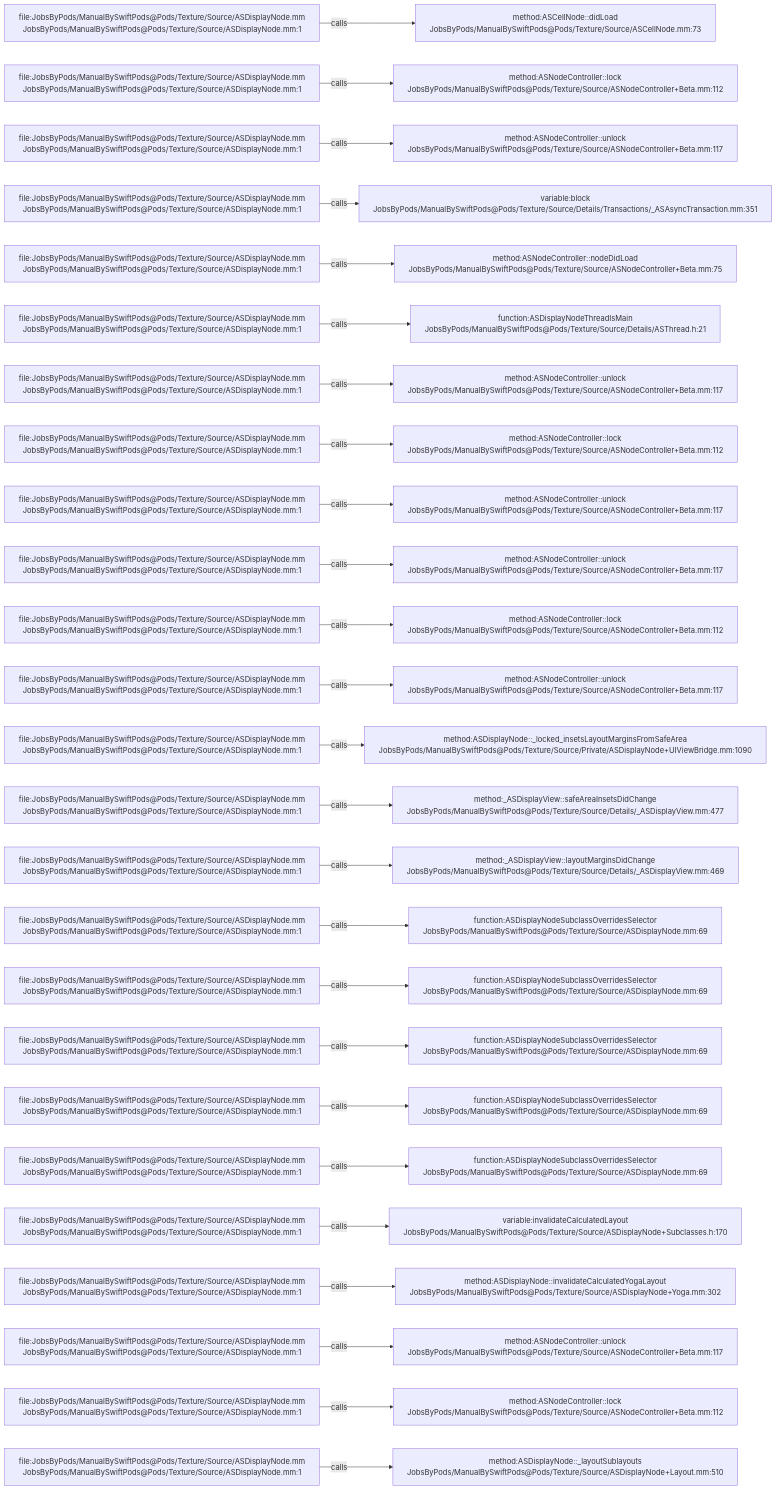
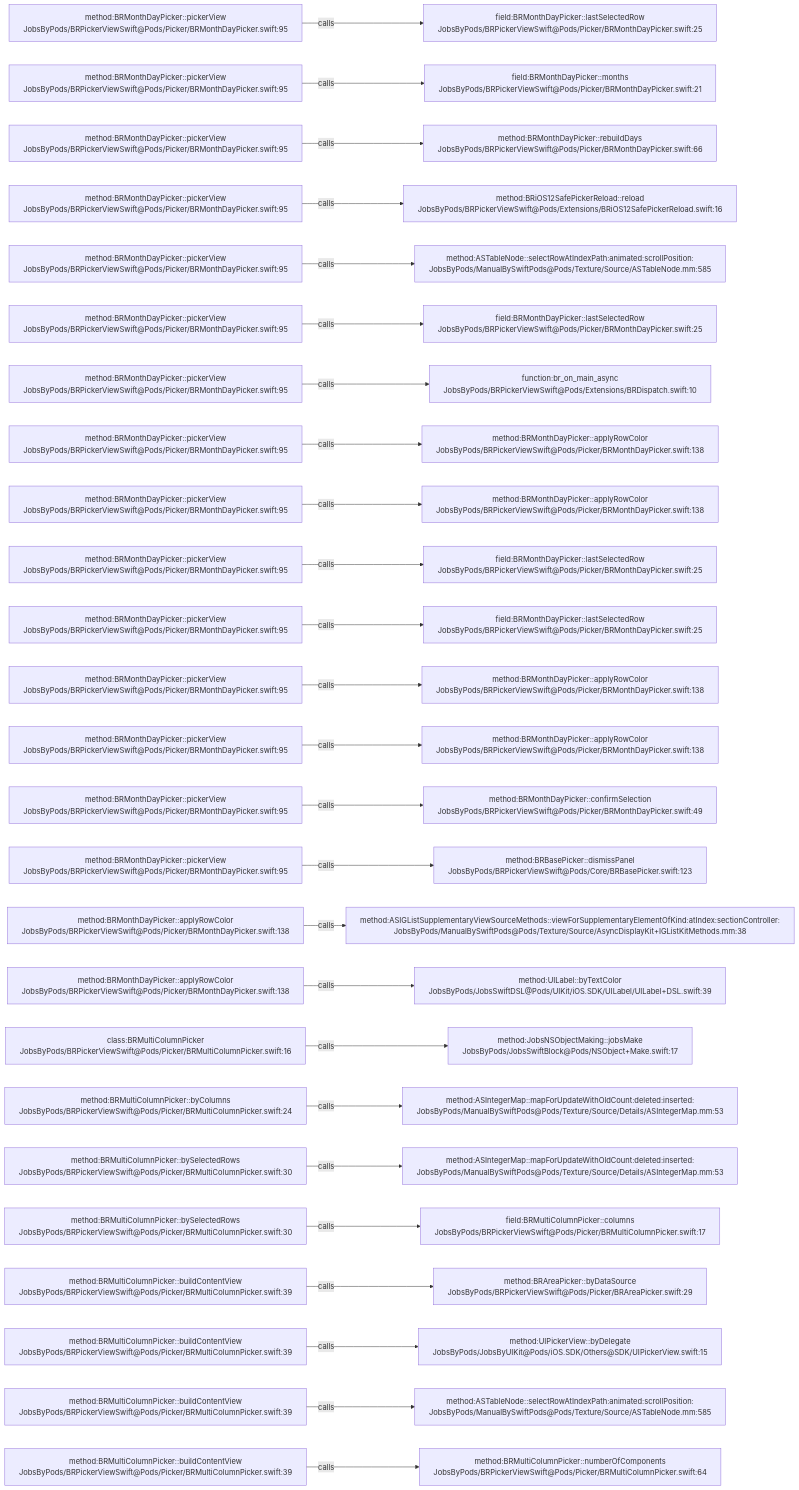
Before and after one commit to JobsKits/JobsSwiftBaseConfigDemo: the diagram in .codegraph/codegraph.md/graphs/calls-028.md, drawn with Mermaid. The commit also changed 224 other files, not shown here.

````diff
--- a/.codegraph/codegraph.md/graphs/calls-028.md
+++ b/.codegraph/codegraph.md/graphs/calls-028.md
@@ -13,78 +13,78 @@
 ```mermaid
 flowchart LR
-  S1["file:JobsByPods/ManualBySwiftPods@Pods/Texture/Source/ASDisplayNode.mm<br/>JobsByPods/ManualBySwiftPods@Pods/Texture/Source/ASDisplayNode.mm:1"]
-  T1["method:ASCellNode::didLoad<br/>JobsByPods/ManualBySwiftPods@Pods/Texture/Source/ASCellNode.mm:73"]
+  S1["method:BRMonthDayPicker::pickerView<br/>JobsByPods/BRPickerViewSwift@Pods/Picker/BRMonthDayPicker.swift:95"]
+  T1["field:BRMonthDayPicker::lastSelectedRow<br/>JobsByPods/BRPickerViewSwift@Pods/Picker/BRMonthDayPicker.swift:25"]
   S1 -->|calls| T1
-  S2["file:JobsByPods/ManualBySwiftPods@Pods/Texture/Source/ASDisplayNode.mm<br/>JobsByPods/ManualBySwiftPods@Pods/Texture/Source/ASDisplayNode.mm:1"]
-  T2["method:ASNodeController::lock<br/>JobsByPods/ManualBySwiftPods@Pods/Texture/Source/ASNodeController+Beta.mm:112"]
+  S2["method:BRMonthDayPicker::pickerView<br/>JobsByPods/BRPickerViewSwift@Pods/Picker/BRMonthDayPicker.swift:95"]
+  T2["field:BRMonthDayPicker::months<br/>JobsByPods/BRPickerViewSwift@Pods/Picker/BRMonthDayPicker.swift:21"]
   S2 -->|calls| T2
-  S3["file:JobsByPods/ManualBySwiftPods@Pods/Texture/Source/ASDisplayNode.mm<br/>JobsByPods/ManualBySwiftPods@Pods/Texture/Source/ASDisplayNode.mm:1"]
-  T3["method:ASNodeController::unlock<br/>JobsByPods/ManualBySwiftPods@Pods/Texture/Source/ASNodeController+Beta.mm:117"]
+  S3["method:BRMonthDayPicker::pickerView<br/>JobsByPods/BRPickerViewSwift@Pods/Picker/BRMonthDayPicker.swift:95"]
+  T3["method:BRMonthDayPicker::rebuildDays<br/>JobsByPods/BRPickerViewSwift@Pods/Picker/BRMonthDayPicker.swift:66"]
   S3 -->|calls| T3
-  S4["file:JobsByPods/ManualBySwiftPods@Pods/Texture/Source/ASDisplayNode.mm<br/>JobsByPods/ManualBySwiftPods@Pods/Texture/Source/ASDisplayNode.mm:1"]
-  T4["variable:block<br/>JobsByPods/ManualBySwiftPods@Pods/Texture/Source/Details/Transactions/_ASAsyncTransaction.mm:351"]
+  S4["method:BRMonthDayPicker::pickerView<br/>JobsByPods/BRPickerViewSwift@Pods/Picker/BRMonthDayPicker.swift:95"]
+  T4["method:BRiOS12SafePickerReload::reload<br/>JobsByPods/BRPickerViewSwift@Pods/Extensions/BRiOS12SafePickerReload.swift:16"]
   S4 -->|calls| T4
-  S5["file:JobsByPods/ManualBySwiftPods@Pods/Texture/Source/ASDisplayNode.mm<br/>JobsByPods/ManualBySwiftPods@Pods/Texture/Source/ASDisplayNode.mm:1"]
-  T5["method:ASNodeController::nodeDidLoad<br/>JobsByPods/ManualBySwiftPods@Pods/Texture/Source/ASNodeController+Beta.mm:75"]
+  S5["method:BRMonthDayPicker::pickerView<br/>JobsByPods/BRPickerViewSwift@Pods/Picker/BRMonthDayPicker.swift:95"]
+  T5["method:ASTableNode::selectRowAtIndexPath:animated:scrollPosition:<br/>JobsByPods/ManualBySwiftPods@Pods/Texture/Source/ASTableNode.mm:585"]
   S5 -->|calls| T5
-  S6["file:JobsByPods/ManualBySwiftPods@Pods/Texture/Source/ASDisplayNode.mm<br/>JobsByPods/ManualBySwiftPods@Pods/Texture/Source/ASDisplayNode.mm:1"]
-  T6["function:ASDisplayNodeThreadIsMain<br/>JobsByPods/ManualBySwiftPods@Pods/Texture/Source/Details/ASThread.h:21"]
+  S6["method:BRMonthDayPicker::pickerView<br/>JobsByPods/BRPickerViewSwift@Pods/Picker/BRMonthDayPicker.swift:95"]
+  T6["field:BRMonthDayPicker::lastSelectedRow<br/>JobsByPods/BRPickerViewSwift@Pods/Picker/BRMonthDayPicker.swift:25"]
   S6 -->|calls| T6
-  S7["file:JobsByPods/ManualBySwiftPods@Pods/Texture/Source/ASDisplayNode.mm<br/>JobsByPods/ManualBySwiftPods@Pods/Texture/Source/ASDisplayNode.mm:1"]
-  T7["method:ASNodeController::unlock<br/>JobsByPods/ManualBySwiftPods@Pods/Texture/Source/ASNodeController+Beta.mm:117"]
+  S7["method:BRMonthDayPicker::pickerView<br/>JobsByPods/BRPickerViewSwift@Pods/Picker/BRMonthDayPicker.swift:95"]
+  T7["function:br_on_main_async<br/>JobsByPods/BRPickerViewSwift@Pods/Extensions/BRDispatch.swift:10"]
   S7 -->|calls| T7
-  S8["file:JobsByPods/ManualBySwiftPods@Pods/Texture/Source/ASDisplayNode.mm<br/>JobsByPods/ManualBySwiftPods@Pods/Texture/Source/ASDisplayNode.mm:1"]
-  T8["method:ASNodeController::lock<br/>JobsByPods/ManualBySwiftPods@Pods/Texture/Source/ASNodeController+Beta.mm:112"]
+  S8["method:BRMonthDayPicker::pickerView<br/>JobsByPods/BRPickerViewSwift@Pods/Picker/BRMonthDayPicker.swift:95"]
+  T8["method:BRMonthDayPicker::applyRowColor<br/>JobsByPods/BRPickerViewSwift@Pods/Picker/BRMonthDayPicker.swift:138"]
   S8 -->|calls| T8
-  S9["file:JobsByPods/ManualBySwiftPods@Pods/Texture/Source/ASDisplayNode.mm<br/>JobsByPods/ManualBySwiftPods@Pods/Texture/Source/ASDisplayNode.mm:1"]
-  T9["method:ASNodeController::unlock<br/>JobsByPods/ManualBySwiftPods@Pods/Texture/Source/ASNodeController+Beta.mm:117"]
+  S9["method:BRMonthDayPicker::pickerView<br/>JobsByPods/BRPickerViewSwift@Pods/Picker/BRMonthDayPicker.swift:95"]
+  T9["method:BRMonthDayPicker::applyRowColor<br/>JobsByPods/BRPickerViewSwift@Pods/Picker/BRMonthDayPicker.swift:138"]
   S9 -->|calls| T9
-  S10["file:JobsByPods/ManualBySwiftPods@Pods/Texture/Source/ASDisplayNode.mm<br/>JobsByPods/ManualBySwiftPods@Pods/Texture/Source/ASDisplayNode.mm:1"]
-  T10["method:ASNodeController::unlock<br/>JobsByPods/ManualBySwiftPods@Pods/Texture/Source/ASNodeController+Beta.mm:117"]
+  S10["method:BRMonthDayPicker::pickerView<br/>JobsByPods/BRPickerViewSwift@Pods/Picker/BRMonthDayPicker.swift:95"]
+  T10["field:BRMonthDayPicker::lastSelectedRow<br/>JobsByPods/BRPickerViewSwift@Pods/Picker/BRMonthDayPicker.swift:25"]
   S10 -->|calls| T10
-  S11["file:JobsByPods/ManualBySwiftPods@Pods/Texture/Source/ASDisplayNode.mm<br/>JobsByPods/ManualBySwiftPods@Pods/Texture/Source/ASDisplayNode.mm:1"]
-  T11["method:ASNodeController::lock<br/>JobsByPods/ManualBySwiftPods@Pods/Texture/Source/ASNodeController+Beta.mm:112"]
+  S11["method:BRMonthDayPicker::pickerView<br/>JobsByPods/BRPickerViewSwift@Pods/Picker/BRMonthDayPicker.swift:95"]
+  T11["field:BRMonthDayPicker::lastSelectedRow<br/>JobsByPods/BRPickerViewSwift@Pods/Picker/BRMonthDayPicker.swift:25"]
   S11 -->|calls| T11
-  S12["file:JobsByPods/ManualBySwiftPods@Pods/Texture/Source/ASDisplayNode.mm<br/>JobsByPods/ManualBySwiftPods@Pods/Texture/Source/ASDisplayNode.mm:1"]
-  T12["method:ASNodeController::unlock<br/>JobsByPods/ManualBySwiftPods@Pods/Texture/Source/ASNodeController+Beta.mm:117"]
+  S12["method:BRMonthDayPicker::pickerView<br/>JobsByPods/BRPickerViewSwift@Pods/Picker/BRMonthDayPicker.swift:95"]
+  T12["method:BRMonthDayPicker::applyRowColor<br/>JobsByPods/BRPickerViewSwift@Pods/Picker/BRMonthDayPicker.swift:138"]
   S12 -->|calls| T12
-  S13["file:JobsByPods/ManualBySwiftPods@Pods/Texture/Source/ASDisplayNode.mm<br/>JobsByPods/ManualBySwiftPods@Pods/Texture/Source/ASDisplayNode.mm:1"]
-  T13["method:ASDisplayNode::_locked_insetsLayoutMarginsFromSafeArea<br/>JobsByPods/ManualBySwiftPods@Pods/Texture/Source/Private/ASDisplayNode+UIViewBridge.mm:1090"]
+  S13["method:BRMonthDayPicker::pickerView<br/>JobsByPods/BRPickerViewSwift@Pods/Picker/BRMonthDayPicker.swift:95"]
+  T13["method:BRMonthDayPicker::applyRowColor<br/>JobsByPods/BRPickerViewSwift@Pods/Picker/BRMonthDayPicker.swift:138"]
   S13 -->|calls| T13
-  S14["file:JobsByPods/ManualBySwiftPods@Pods/Texture/Source/ASDisplayNode.mm<br/>JobsByPods/ManualBySwiftPods@Pods/Texture/Source/ASDisplayNode.mm:1"]
-  T14["method:_ASDisplayView::safeAreaInsetsDidChange<br/>JobsByPods/ManualBySwiftPods@Pods/Texture/Source/Details/_ASDisplayView.mm:477"]
+  S14["method:BRMonthDayPicker::pickerView<br/>JobsByPods/BRPickerViewSwift@Pods/Picker/BRMonthDayPicker.swift:95"]
+  T14["method:BRMonthDayPicker::confirmSelection<br/>JobsByPods/BRPickerViewSwift@Pods/Picker/BRMonthDayPicker.swift:49"]
   S14 -->|calls| T14
-  S15["file:JobsByPods/ManualBySwiftPods@Pods/Texture/Source/ASDisplayNode.mm<br/>JobsByPods/ManualBySwiftPods@Pods/Texture/Source/ASDisplayNode.mm:1"]
-  T15["method:_ASDisplayView::layoutMarginsDidChange<br/>JobsByPods/ManualBySwiftPods@Pods/Texture/Source/Details/_ASDisplayView.mm:469"]
+  S15["method:BRMonthDayPicker::pickerView<br/>JobsByPods/BRPickerViewSwift@Pods/Picker/BRMonthDayPicker.swift:95"]
+  T15["method:BRBasePicker::dismissPanel<br/>JobsByPods/BRPickerViewSwift@Pods/Core/BRBasePicker.swift:123"]
   S15 -->|calls| T15
-  S16["file:JobsByPods/ManualBySwiftPods@Pods/Texture/Source/ASDisplayNode.mm<br/>JobsByPods/ManualBySwiftPods@Pods/Texture/Source/ASDisplayNode.mm:1"]
-  T16["function:ASDisplayNodeSubclassOverridesSelector<br/>JobsByPods/ManualBySwiftPods@Pods/Texture/Source/ASDisplayNode.mm:69"]
+  S16["method:BRMonthDayPicker::applyRowColor<br/>JobsByPods/BRPickerViewSwift@Pods/Picker/BRMonthDayPicker.swift:138"]
+  T16["method:ASIGListSupplementaryViewSourceMethods::viewForSupplementaryElementOfKind:atIndex:sectionController:<br/>JobsByPods/ManualBySwiftPods@Pods/Texture/Source/AsyncDisplayKit+IGListKitMethods.mm:38"]
   S16 -->|calls| T16
-  S17["file:JobsByPods/ManualBySwiftPods@Pods/Texture/Source/ASDisplayNode.mm<br/>JobsByPods/ManualBySwiftPods@Pods/Texture/Source/ASDisplayNode.mm:1"]
-  T17["function:ASDisplayNodeSubclassOverridesSelector<br/>JobsByPods/ManualBySwiftPods@Pods/Texture/Source/ASDisplayNode.mm:69"]
+  S17["method:BRMonthDayPicker::applyRowColor<br/>JobsByPods/BRPickerViewSwift@Pods/Picker/BRMonthDayPicker.swift:138"]
+  T17["method:UILabel::byTextColor<br/>JobsByPods/JobsSwiftDSL@Pods/UIKit/iOS.SDK/UILabel/UILabel+DSL.swift:39"]
   S17 -->|calls| T17
-  S18["file:JobsByPods/ManualBySwiftPods@Pods/Texture/Source/ASDisplayNode.mm<br/>JobsByPods/ManualBySwiftPods@Pods/Texture/Source/ASDisplayNode.mm:1"]
-  T18["function:ASDisplayNodeSubclassOverridesSelector<br/>JobsByPods/ManualBySwiftPods@Pods/Texture/Source/ASDisplayNode.mm:69"]
+  S18["class:BRMultiColumnPicker<br/>JobsByPods/BRPickerViewSwift@Pods/Picker/BRMultiColumnPicker.swift:16"]
+  T18["method:JobsNSObjectMaking::jobsMake<br/>JobsByPods/JobsSwiftBlock@Pods/NSObject+Make.swift:17"]
   S18 -->|calls| T18
-  S19["file:JobsByPods/ManualBySwiftPods@Pods/Texture/Source/ASDisplayNode.mm<br/>JobsByPods/ManualBySwiftPods@Pods/Texture/Source/ASDisplayNode.mm:1"]
-  T19["function:ASDisplayNodeSubclassOverridesSelector<br/>JobsByPods/ManualBySwiftPods@Pods/Texture/Source/ASDisplayNode.mm:69"]
+  S19["method:BRMultiColumnPicker::byColumns<br/>JobsByPods/BRPickerViewSwift@Pods/Picker/BRMultiColumnPicker.swift:24"]
+  T19["method:ASIntegerMap::mapForUpdateWithOldCount:deleted:inserted:<br/>JobsByPods/ManualBySwiftPods@Pods/Texture/Source/Details/ASIntegerMap.mm:53"]
   S19 -->|calls| T19
-  S20["file:JobsByPods/ManualBySwiftPods@Pods/Texture/Source/ASDisplayNode.mm<br/>JobsByPods/ManualBySwiftPods@Pods/Texture/Source/ASDisplayNode.mm:1"]
-  T20["function:ASDisplayNodeSubclassOverridesSelector<br/>JobsByPods/ManualBySwiftPods@Pods/Texture/Source/ASDisplayNode.mm:69"]
+  S20["method:BRMultiColumnPicker::bySelectedRows<br/>JobsByPods/BRPickerViewSwift@Pods/Picker/BRMultiColumnPicker.swift:30"]
+  T20["method:ASIntegerMap::mapForUpdateWithOldCount:deleted:inserted:<br/>JobsByPods/ManualBySwiftPods@Pods/Texture/Source/Details/ASIntegerMap.mm:53"]
   S20 -->|calls| T20
-  S21["file:JobsByPods/ManualBySwiftPods@Pods/Texture/Source/ASDisplayNode.mm<br/>JobsByPods/ManualBySwiftPods@Pods/Texture/Source/ASDisplayNode.mm:1"]
-  T21["variable:invalidateCalculatedLayout<br/>JobsByPods/ManualBySwiftPods@Pods/Texture/Source/ASDisplayNode+Subclasses.h:170"]
+  S21["method:BRMultiColumnPicker::bySelectedRows<br/>JobsByPods/BRPickerViewSwift@Pods/Picker/BRMultiColumnPicker.swift:30"]
+  T21["field:BRMultiColumnPicker::columns<br/>JobsByPods/BRPickerViewSwift@Pods/Picker/BRMultiColumnPicker.swift:17"]
   S21 -->|calls| T21
-  S22["file:JobsByPods/ManualBySwiftPods@Pods/Texture/Source/ASDisplayNode.mm<br/>JobsByPods/ManualBySwiftPods@Pods/Texture/Source/ASDisplayNode.mm:1"]
-  T22["method:ASDisplayNode::invalidateCalculatedYogaLayout<br/>JobsByPods/ManualBySwiftPods@Pods/Texture/Source/ASDisplayNode+Yoga.mm:302"]
+  S22["method:BRMultiColumnPicker::buildContentView<br/>JobsByPods/BRPickerViewSwift@Pods/Picker/BRMultiColumnPicker.swift:39"]
+  T22["method:BRAreaPicker::byDataSource<br/>JobsByPods/BRPickerViewSwift@Pods/Picker/BRAreaPicker.swift:29"]
   S22 -->|calls| T22
-  S23["file:JobsByPods/ManualBySwiftPods@Pods/Texture/Source/ASDisplayNode.mm<br/>JobsByPods/ManualBySwiftPods@Pods/Texture/Source/ASDisplayNode.mm:1"]
-  T23["method:ASNodeController::unlock<br/>JobsByPods/ManualBySwiftPods@Pods/Texture/Source/ASNodeController+Beta.mm:117"]
+  S23["method:BRMultiColumnPicker::buildContentView<br/>JobsByPods/BRPickerViewSwift@Pods/Picker/BRMultiColumnPicker.swift:39"]
+  T23["method:UIPickerView::byDelegate<br/>JobsByPods/JobsByUIKit@Pods/iOS.SDK/Others@SDK/UIPickerView.swift:15"]
   S23 -->|calls| T23
-  S24["file:JobsByPods/ManualBySwiftPods@Pods/Texture/Source/ASDisplayNode.mm<br/>JobsByPods/ManualBySwiftPods@Pods/Texture/Source/ASDisplayNode.mm:1"]
-  T24["method:ASNodeController::lock<br/>JobsByPods/ManualBySwiftPods@Pods/Texture/Source/ASNodeController+Beta.mm:112"]
+  S24["method:BRMultiColumnPicker::buildContentView<br/>JobsByPods/BRPickerViewSwift@Pods/Picker/BRMultiColumnPicker.swift:39"]
+  T24["method:ASTableNode::selectRowAtIndexPath:animated:scrollPosition:<br/>JobsByPods/ManualBySwiftPods@Pods/Texture/Source/ASTableNode.mm:585"]
   S24 -->|calls| T24
-  S25["file:JobsByPods/ManualBySwiftPods@Pods/Texture/Source/ASDisplayNode.mm<br/>JobsByPods/ManualBySwiftPods@Pods/Texture/Source/ASDisplayNode.mm:1"]
-  T25["method:ASDisplayNode::_layoutSublayouts<br/>JobsByPods/ManualBySwiftPods@Pods/Texture/Source/ASDisplayNode+Layout.mm:510"]
+  S25["method:BRMultiColumnPicker::buildContentView<br/>JobsByPods/BRPickerViewSwift@Pods/Picker/BRMultiColumnPicker.swift:39"]
+  T25["method:BRMultiColumnPicker::numberOfComponents<br/>JobsByPods/BRPickerViewSwift@Pods/Picker/BRMultiColumnPicker.swift:64"]
   S25 -->|calls| T25
 ```
````
